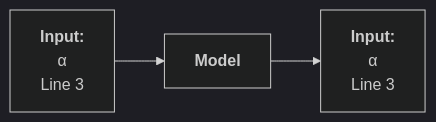
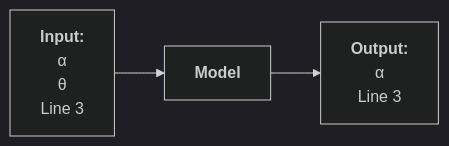
Before and after one commit to bmw-ece-ntust/wilfrid-prach-attack-analysis: the third of 3 diagrams in docs/20250307 Thesis (PRACH Attack Problem Definition).md, drawn with Mermaid (dark theme). The commit also changed other lines of this file, not shown here.

````diff
--- a/docs/20250307 Thesis (PRACH Attack Problem Definition).md
+++ b/docs/20250307 Thesis (PRACH Attack Problem Definition).md
@@ -185,11 +191,12 @@
 ```mermaid
 flowchart LR
     input["`**Input:**
     α
+    θ
     Line 3`"]
     process["`**Model**`"]
-    output["`**Input:**
+    output["`**Output:**
     α
     Line 3`"]
     input --> process --> output
 ```
````
